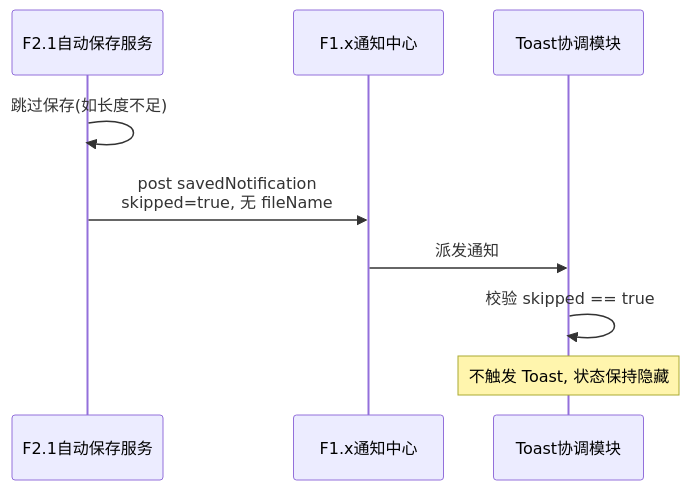
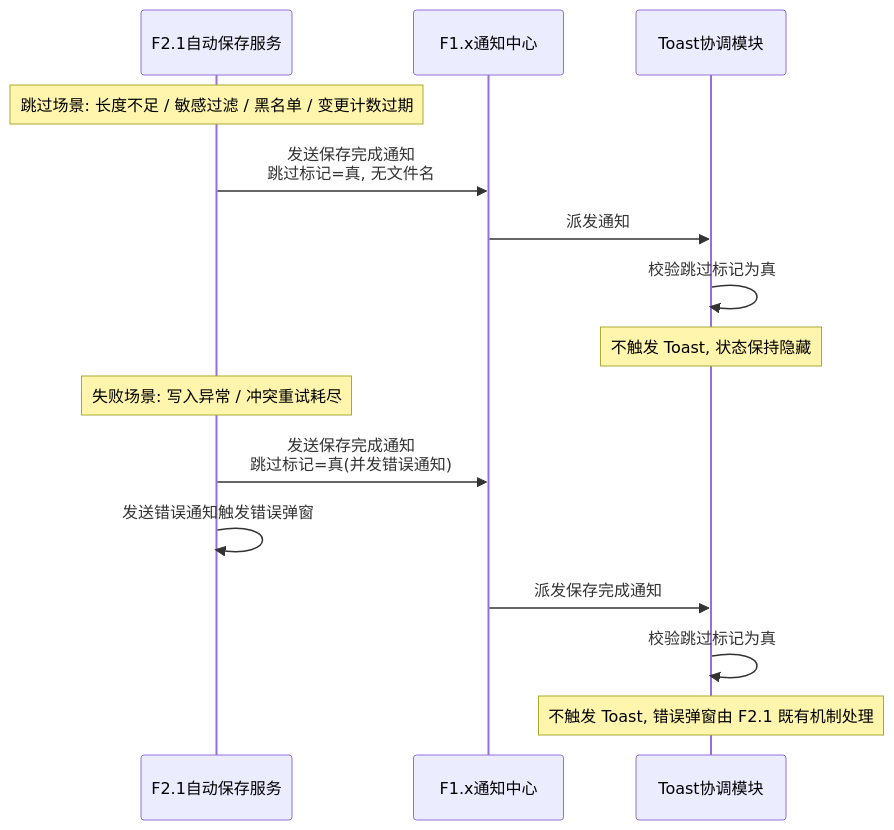
The fourth of 5 diagrams in docs/planning/P1/F2.1/F2.1.1_保存成功Toast_设计文档.md (marcocpt/ClipMind), drawn with Mermaid before and after one commit. The commit also changed other lines of this file, not shown here.

````diff
--- a/docs/planning/P1/F2.1/F2.1.1_保存成功Toast_设计文档.md
+++ b/docs/planning/P1/F2.1/F2.1.1_保存成功Toast_设计文档.md
@@ -231,12 +233,19 @@
 ```mermaid
 sequenceDiagram
     participant AS as F2.1自动保存服务
     participant NC as F1.x通知中心
     participant TM as Toast协调模块
 
-    AS->>AS: 跳过保存(如长度不足)
-    AS->>NC: post savedNotification<br/>skipped=true, 无 fileName
+    Note over AS: 跳过场景: 长度不足 / 敏感过滤 / 黑名单 / 变更计数过期
+    AS->>NC: 发送保存完成通知<br/>跳过标记=真, 无文件名
     NC->>TM: 派发通知
-    TM->>TM: 校验 skipped == true
+    TM->>TM: 校验跳过标记为真
     Note over TM: 不触发 Toast, 状态保持隐藏
+
+    Note over AS: 失败场景: 写入异常 / 冲突重试耗尽
+    AS->>NC: 发送保存完成通知<br/>跳过标记=真(并发错误通知)
+    AS->>AS: 发送错误通知触发错误弹窗
+    NC->>TM: 派发保存完成通知
+    TM->>TM: 校验跳过标记为真
+    Note over TM: 不触发 Toast, 错误弹窗由 F2.1 既有机制处理
 ```
````
